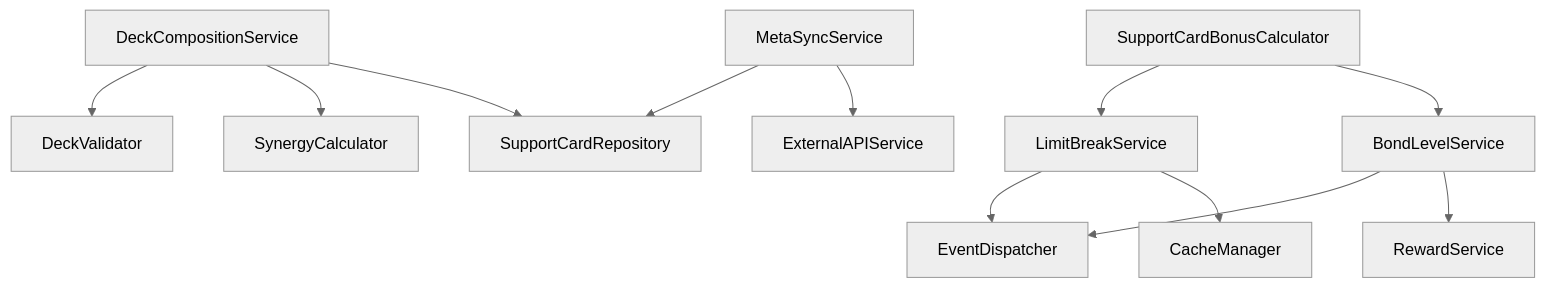
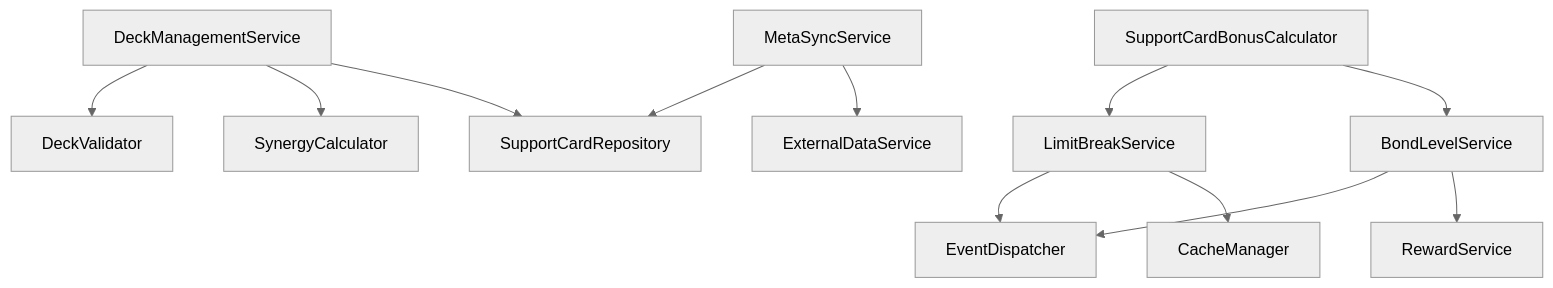
One commit to exatfrds67/umamusume-career-planner changed the sixth of 7 diagrams in docs/01-tech-flow/TECH-FLOW-005_Support_Card_Management_Flow.md. Above: the diagram before and after it, drawn with Mermaid (neutral theme). The commit also changed other lines of this file and 111 other files, not shown here.

````diff
--- a/docs/01-tech-flow/TECH-FLOW-005_Support_Card_Management_Flow.md
+++ b/docs/01-tech-flow/TECH-FLOW-005_Support_Card_Management_Flow.md
@@ -1344,18 +1344,18 @@
 ```mermaid
 flowchart TD
-    DeckCompositionService --> SupportCardRepository
-    DeckCompositionService --> SynergyCalculator
-    DeckCompositionService --> DeckValidator
+    DeckManagementService --> SupportCardRepository
+    DeckManagementService --> SynergyCalculator
+    DeckManagementService --> DeckValidator
     
     SupportCardBonusCalculator --> BondLevelService
     SupportCardBonusCalculator --> LimitBreakService
     
     LimitBreakService --> CacheManager
     LimitBreakService --> EventDispatcher
     
     BondLevelService --> RewardService
     BondLevelService --> EventDispatcher
     
-    MetaSyncService --> ExternalAPIService
+    MetaSyncService --> ExternalDataService
     MetaSyncService --> SupportCardRepository
 ```
````
